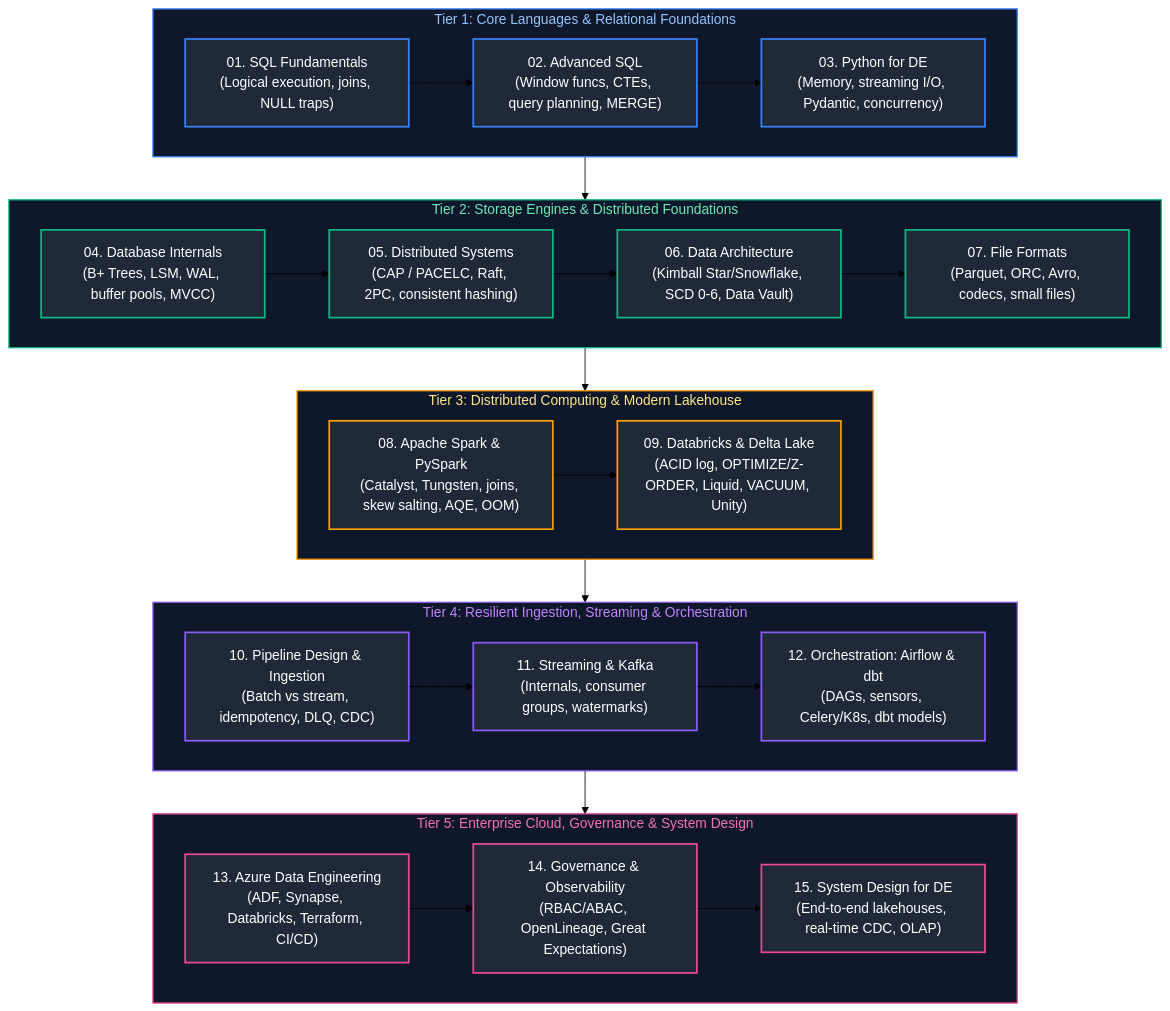
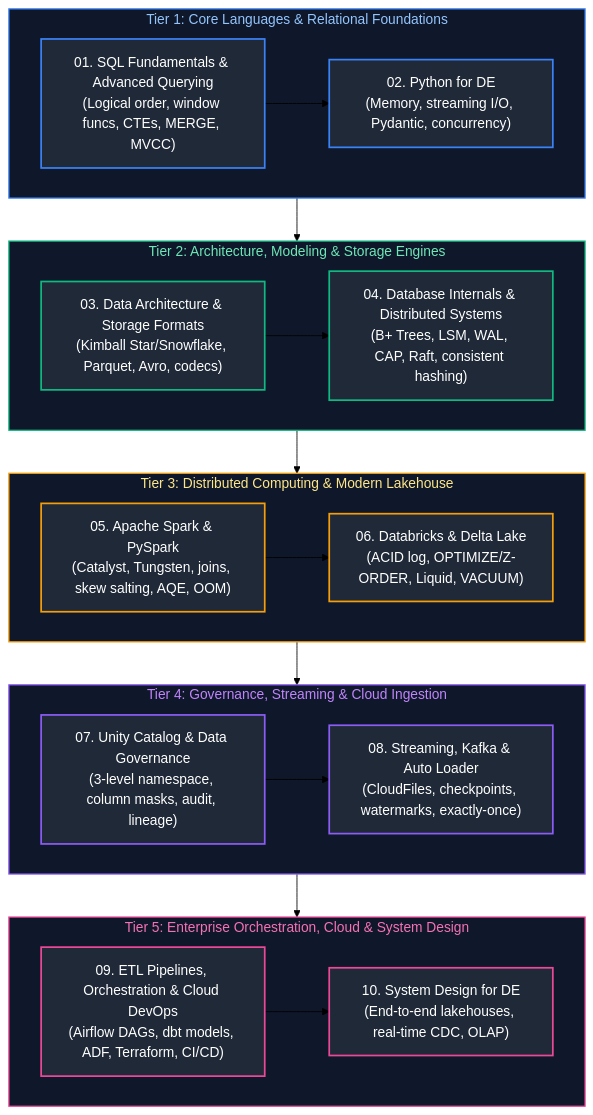
The diagram in Data Engineering/00_de_study_guide_and_index.md (joydeep-biswas/Interview-Preparation), drawn with Mermaid (forest theme) before and after one commit. The commit also changed other lines of this file and 178 other files, not shown here.

````diff
--- a/Data Engineering/00_de_study_guide_and_index.md
+++ b/Data Engineering/00_de_study_guide_and_index.md
@@ -11,63 +11,53 @@
 ```mermaid
 flowchart TD
     subgraph FoundationTier ["Tier 1: Core Languages & Relational Foundations"]
         direction LR
-        M1["01. SQL Fundamentals<br/>(Logical execution, joins, NULL traps)"]
-        --> M2["02. Advanced SQL<br/>(Window funcs, CTEs, query planning, MERGE)"]
-        --> M3["03. Python for DE<br/>(Memory, streaming I/O, Pydantic, concurrency)"]
+        M1["01. SQL Fundamentals & Advanced Querying<br/>(Logical order, window funcs, CTEs, MERGE, MVCC)"]
+        --> M2["02. Python for DE<br/>(Memory, streaming I/O, Pydantic, concurrency)"]
     end
 
-    subgraph StorageSystemsTier ["Tier 2: Storage Engines & Distributed Foundations"]
+    subgraph StorageSystemsTier ["Tier 2: Architecture, Modeling & Storage Engines"]
         direction LR
-        M4["04. Database Internals<br/>(B+ Trees, LSM, WAL, buffer pools, MVCC)"]
-        --> M5["05. Distributed Systems<br/>(CAP / PACELC, Raft, 2PC, consistent hashing)"]
-        --> M6["06. Data Architecture<br/>(Kimball Star/Snowflake, SCD 0-6, Data Vault)"]
-        --> M7["07. File Formats<br/>(Parquet, ORC, Avro, codecs, small files)"]
+        M3["03. Data Architecture & Storage Formats<br/>(Kimball Star/Snowflake, Parquet, Avro, codecs)"]
+        --> M4["04. Database Internals & Distributed Systems<br/>(B+ Trees, LSM, WAL, CAP, Raft, consistent hashing)"]
     end
 
     subgraph DistributedLakehouseTier ["Tier 3: Distributed Computing & Modern Lakehouse"]
         direction LR
-        M8["08. Apache Spark & PySpark<br/>(Catalyst, Tungsten, joins, skew salting, AQE, OOM)"]
-        --> M9["09. Databricks & Delta Lake<br/>(ACID log, OPTIMIZE/Z-ORDER, Liquid, VACUUM, Unity)"]
+        M5["05. Apache Spark & PySpark<br/>(Catalyst, Tungsten, joins, skew salting, AQE, OOM)"]
+        --> M6["06. Databricks & Delta Lake<br/>(ACID log, OPTIMIZE/Z-ORDER, Liquid, VACUUM)"]
     end
 
-    subgraph PipelineStreamingTier ["Tier 4: Resilient Ingestion, Streaming & Orchestration"]
+    subgraph PipelineStreamingTier ["Tier 4: Governance, Streaming & Cloud Ingestion"]
         direction LR
-        M10["10. Pipeline Design & Ingestion<br/>(Batch vs stream, idempotency, DLQ, CDC)"]
-        --> M11["11. Streaming & Kafka<br/>(Internals, consumer groups, watermarks)"]
-        --> M12["12. Orchestration: Airflow & dbt<br/>(DAGs, sensors, Celery/K8s, dbt models)"]
+        M7["07. Unity Catalog & Data Governance<br/>(3-level namespace, column masks, audit, lineage)"]
+        --> M8["08. Streaming, Kafka & Auto Loader<br/>(CloudFiles, checkpoints, watermarks, exactly-once)"]
     end
 
-    subgraph EnterpriseArchitectureTier ["Tier 5: Enterprise Cloud, Governance & System Design"]
+    subgraph EnterpriseArchitectureTier ["Tier 5: Enterprise Orchestration, Cloud & System Design"]
         direction LR
-        M13["13. Azure Data Engineering<br/>(ADF, Synapse, Databricks, Terraform, CI/CD)"]
-        --> M14["14. Governance & Observability<br/>(RBAC/ABAC, OpenLineage, Great Expectations)"]
-        --> M15["15. System Design for DE<br/>(End-to-end lakehouses, real-time CDC, OLAP)"]
+        M9["09. ETL Pipelines, Orchestration & Cloud DevOps<br/>(Airflow DAGs, dbt models, ADF, Terraform, CI/CD)"]
+        --> M10["10. System Design for DE<br/>(End-to-end lakehouses, real-time CDC, OLAP)"]
     end
 
     FoundationTier --> StorageSystemsTier
     StorageSystemsTier --> DistributedLakehouseTier
     DistributedLakehouseTier --> PipelineStreamingTier
     PipelineStreamingTier --> EnterpriseArchitectureTier
 
     style FoundationTier fill:#0f172a,stroke:#3b82f6,stroke-width:1.5px,color:#93c5fd
     style StorageSystemsTier fill:#0f172a,stroke:#10b981,stroke-width:1.5px,color:#6ee7b7
     style DistributedLakehouseTier fill:#0f172a,stroke:#f59e0b,stroke-width:1.5px,color:#fde68a
     style PipelineStreamingTier fill:#0f172a,stroke:#8b5cf6,stroke-width:1.5px,color:#c084fc
     style EnterpriseArchitectureTier fill:#0f172a,stroke:#ec4899,stroke-width:1.5px,color:#f472b6
     style M1 fill:#1f2937,stroke:#3b82f6,stroke-width:2px,color:#fff
     style M2 fill:#1f2937,stroke:#3b82f6,stroke-width:2px,color:#fff
-    style M3 fill:#1f2937,stroke:#3b82f6,stroke-width:2px,color:#fff
+    style M3 fill:#1f2937,stroke:#10b981,stroke-width:2px,color:#fff
     style M4 fill:#1f2937,stroke:#10b981,stroke-width:2px,color:#fff
-    style M5 fill:#1f2937,stroke:#10b981,stroke-width:2px,color:#fff
-    style M6 fill:#1f2937,stroke:#10b981,stroke-width:2px,color:#fff
-    style M7 fill:#1f2937,stroke:#10b981,stroke-width:2px,color:#fff
-    style M8 fill:#1f2937,stroke:#f59e0b,stroke-width:2px,color:#fff
-    style M9 fill:#1f2937,stroke:#f59e0b,stroke-width:2px,color:#fff
-    style M10 fill:#1f2937,stroke:#8b5cf6,stroke-width:2px,color:#fff
-    style M11 fill:#1f2937,stroke:#8b5cf6,stroke-width:2px,color:#fff
-    style M12 fill:#1f2937,stroke:#8b5cf6,stroke-width:2px,color:#fff
-    style M13 fill:#1f2937,stroke:#ec4899,stroke-width:2px,color:#fff
-    style M14 fill:#1f2937,stroke:#ec4899,stroke-width:2px,color:#fff
-    style M15 fill:#1f2937,stroke:#ec4899,stroke-width:2px,color:#fff
+    style M5 fill:#1f2937,stroke:#f59e0b,stroke-width:2px,color:#fff
+    style M6 fill:#1f2937,stroke:#f59e0b,stroke-width:2px,color:#fff
+    style M7 fill:#1f2937,stroke:#8b5cf6,stroke-width:2px,color:#fff
+    style M8 fill:#1f2937,stroke:#8b5cf6,stroke-width:2px,color:#fff
+    style M9 fill:#1f2937,stroke:#ec4899,stroke-width:2px,color:#fff
+    style M10 fill:#1f2937,stroke:#ec4899,stroke-width:2px,color:#fff
 ```
````
